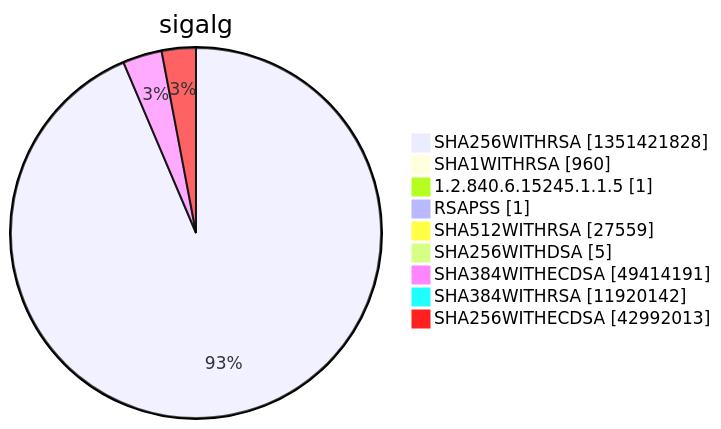
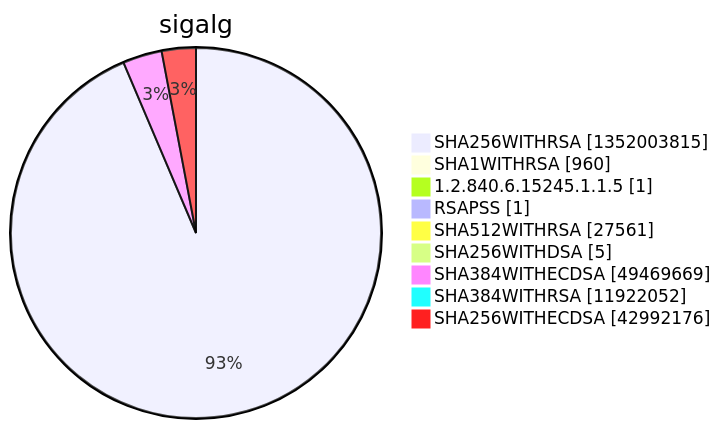
Before and after one commit to christiankrug/ctmonitor_visualization: diagram 15 of 15 in argon2022/README.md, drawn with Mermaid. The commit also changed other lines of this file, not shown here.

````diff
--- a/argon2022/README.md
+++ b/argon2022/README.md
@@ -5524,13 +5524,13 @@
 ```mermaid
 pie showData
 title sigalg
-"SHA256WITHRSA" :1351421828
+"SHA256WITHRSA" :1352003815
 "SHA1WITHRSA" :960
 "1.2.840.6.15245.1.1.5" :1
 "RSAPSS" :1
-"SHA512WITHRSA" :27559
+"SHA512WITHRSA" :27561
 "SHA256WITHDSA" :5
-"SHA384WITHECDSA" :49414191
-"SHA384WITHRSA" :11920142
-"SHA256WITHECDSA" :42992013
+"SHA384WITHECDSA" :49469669
+"SHA384WITHRSA" :11922052
+"SHA256WITHECDSA" :42992176
 ```
````
